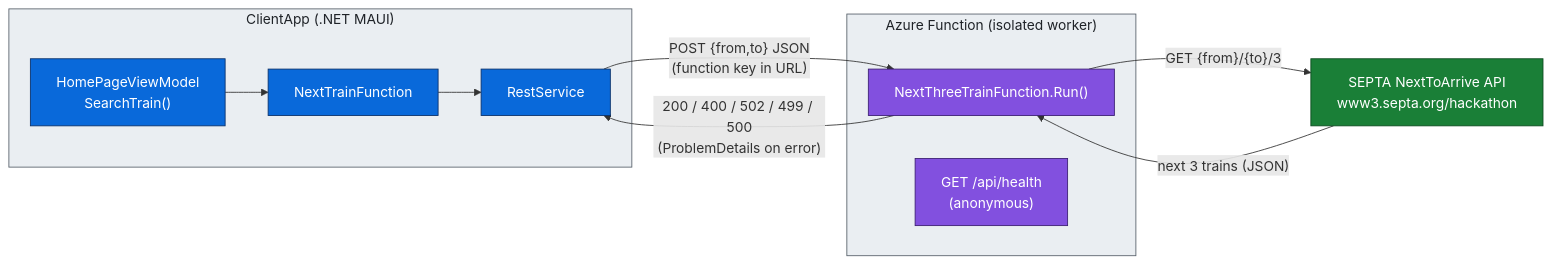
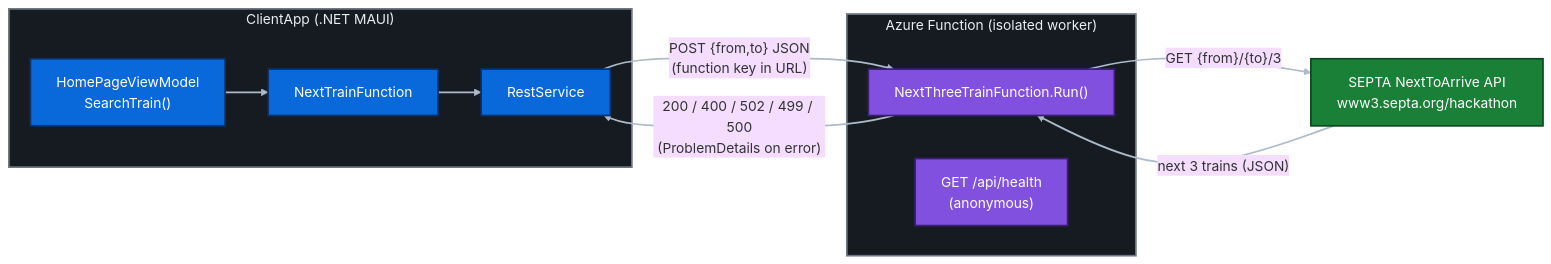
Before and after one commit to NavneetHegde/SeptaRail: the first of 2 diagrams in README.md, drawn with Mermaid. The commit also changed other lines of this file, not shown here.

Commit message:
Switch README Mermaid diagrams to dark theme

````diff
--- a/README.md
+++ b/README.md
@@ -15,31 +15,34 @@
 ```mermaid
+%%{init: {'theme':'base', 'themeVariables': {'background':'#0d1117', 'lineColor':'#adbac7'}}}%%
 flowchart LR
     subgraph Client["ClientApp (.NET MAUI)"]
         VM["HomePageViewModel<br/>SearchTrain()"]
         NTF["NextTrainFunction"]
         RS["RestService"]
         VM --> NTF --> RS
     end
 
     subgraph Azure["Azure Function (isolated worker)"]
         RUN["NextThreeTrainFunction.Run()"]
         HC["GET /api/health<br/>(anonymous)"]
     end
 
     SEPTA["SEPTA NextToArrive API<br/>www3.septa.org/hackathon"]
 
     RS -->|"POST {from,to} JSON<br/>(function key in URL)"| RUN
     RUN -->|"GET {from}/{to}/3"| SEPTA
     SEPTA -->|"next 3 trains (JSON)"| RUN
     RUN -->|"200 / 400 / 502 / 499 / 500<br/>(ProblemDetails on error)"| RS
 
-    classDef client fill:#0969da,stroke:#0a3069,stroke-width:1px,color:#ffffff;
-    classDef func fill:#8250df,stroke:#3b1e72,stroke-width:1px,color:#ffffff;
-    classDef ext fill:#1a7f37,stroke:#0c4a1f,stroke-width:1px,color:#ffffff;
+    classDef client fill:#0969da,stroke:#0a3069,stroke-width:2px,color:#ffffff;
+    classDef func fill:#8250df,stroke:#3b1e72,stroke-width:2px,color:#ffffff;
+    classDef ext fill:#1a7f37,stroke:#0c4a1f,stroke-width:2px,color:#ffffff;
     class VM,NTF,RS client;
     class RUN,HC func;
     class SEPTA ext;
 
-    style Client fill:#eaeef2,stroke:#57606a,stroke-width:1px,color:#1f2328;
-    style Azure fill:#eaeef2,stroke:#57606a,stroke-width:1px,color:#1f2328;
+    style Client fill:#161b22,stroke:#6e7681,stroke-width:2px,color:#e6edf3;
+    style Azure fill:#161b22,stroke:#6e7681,stroke-width:2px,color:#e6edf3;
+
+    linkStyle default stroke:#adbac7,stroke-width:2px;
 ```
````
